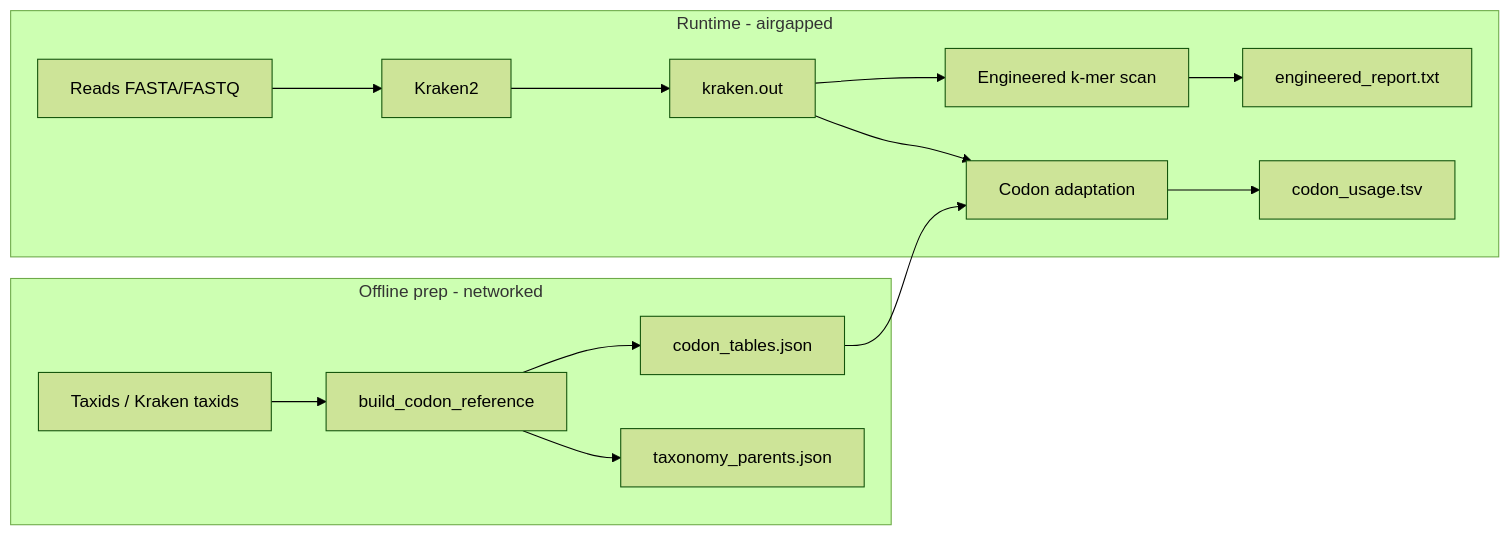
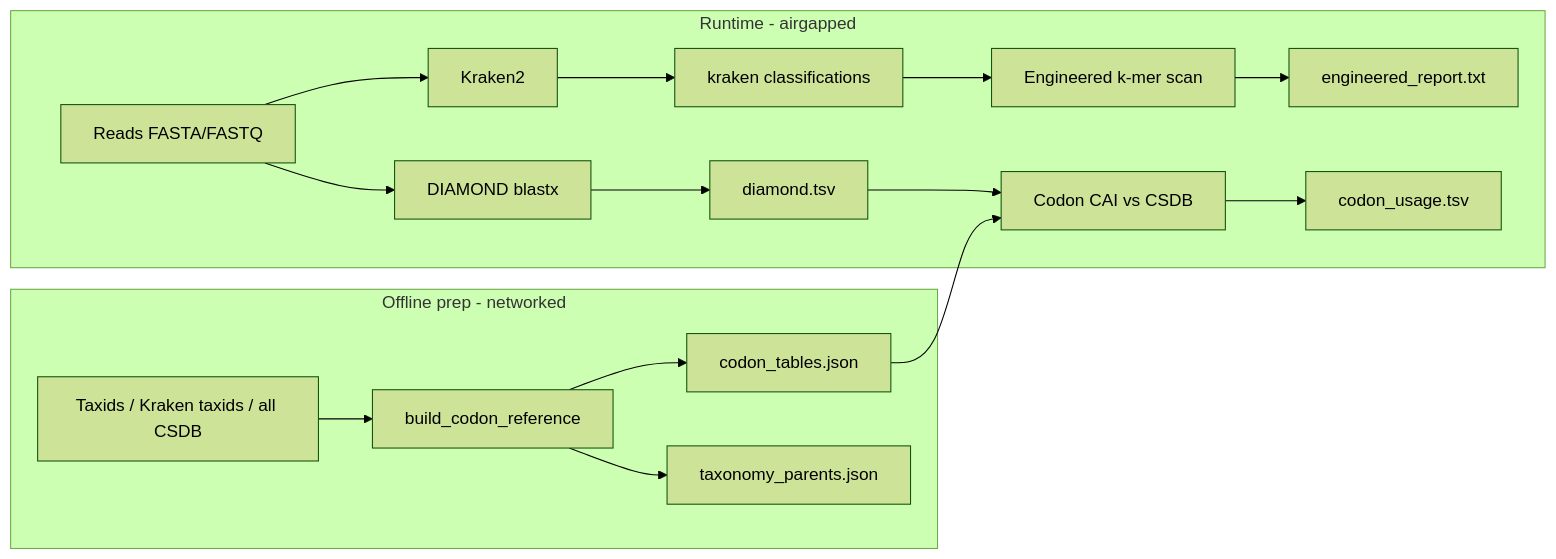
One commit to treangenlab/PlasmidScreen changed the diagram in docs/DESIGN.md. Above: the diagram before and after it, drawn with Mermaid (forest theme). The commit also changed other lines of this file and 13 other files, not shown here.

````diff
--- a/docs/DESIGN.md
+++ b/docs/DESIGN.md
@@ -7,17 +7,19 @@
 ```mermaid
 flowchart LR
   subgraph prep [Offline prep - networked]
-    A[Taxids / Kraken taxids] --> B[build_codon_reference]
+    A[Taxids / Kraken taxids / all CSDB] --> B[build_codon_reference]
     B --> C[codon_tables.json]
     B --> D[taxonomy_parents.json]
   end
   subgraph runtime [Runtime - airgapped]
     E[Reads FASTA/FASTQ] --> F[Kraken2]
-    F --> G[kraken.out]
+    F --> G[kraken classifications]
     G --> H[Engineered k-mer scan]
     H --> I[engineered_report.txt]
-    G --> J[Codon adaptation]
-    C --> J
-    J --> K[codon_usage.tsv]
+    E --> J[DIAMOND blastx]
+    J --> K[diamond.tsv]
+    K --> L[Codon CAI vs CSDB]
+    C --> L
+    L --> M[codon_usage.tsv]
   end
 ```
````
